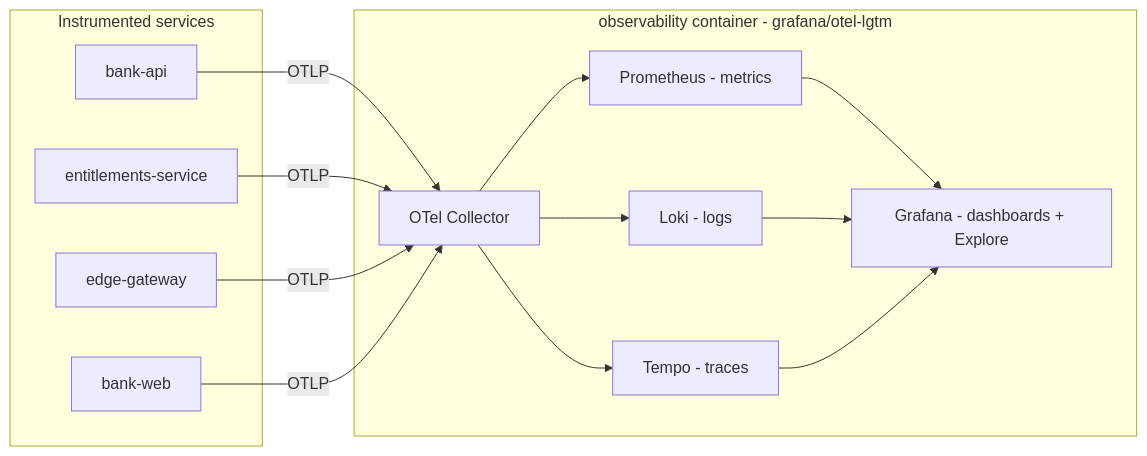
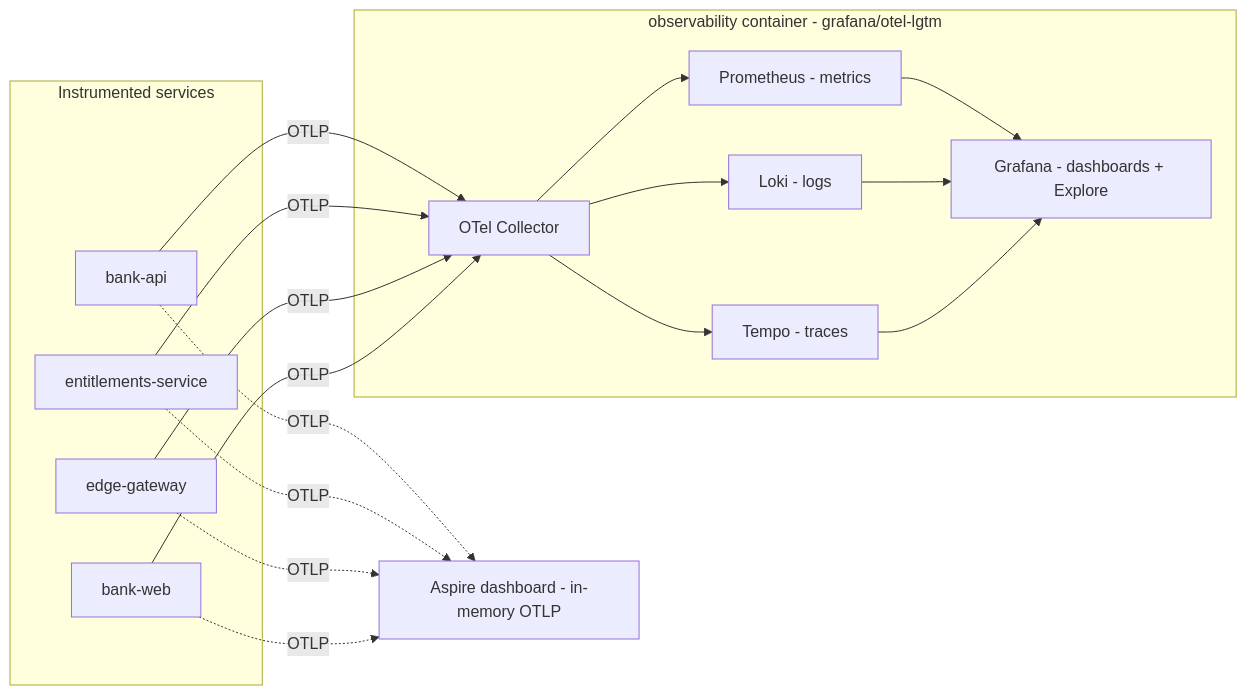
Before and after one commit to henrik-me/authzandentitlements: the diagram in docs/observability/observability-stack.md, drawn with Mermaid. The commit also changed other lines of this file and 6 other files, not shown here.

````diff
--- a/docs/observability/observability-stack.md
+++ b/docs/observability/observability-stack.md
@@ -25,22 +28,27 @@
 ```mermaid
 graph LR
   subgraph SVCS[Instrumented services]
     A1[bank-api]
     A2[entitlements-service]
     A3[edge-gateway]
     A4[bank-web]
   end
+  DASH[Aspire dashboard - in-memory OTLP]
   subgraph LGTM[observability container - grafana/otel-lgtm]
     COL[OTel Collector]
     COL --> PROM[Prometheus - metrics]
     COL --> LOKI[Loki - logs]
     COL --> TEMPO[Tempo - traces]
     PROM --> GRAF[Grafana - dashboards + Explore]
     LOKI --> GRAF
     TEMPO --> GRAF
   end
   A1 -->|OTLP| COL
   A2 -->|OTLP| COL
   A3 -->|OTLP| COL
   A4 -->|OTLP| COL
+  A1 -.OTLP.-> DASH
+  A2 -.OTLP.-> DASH
+  A3 -.OTLP.-> DASH
+  A4 -.OTLP.-> DASH
 ```
````
